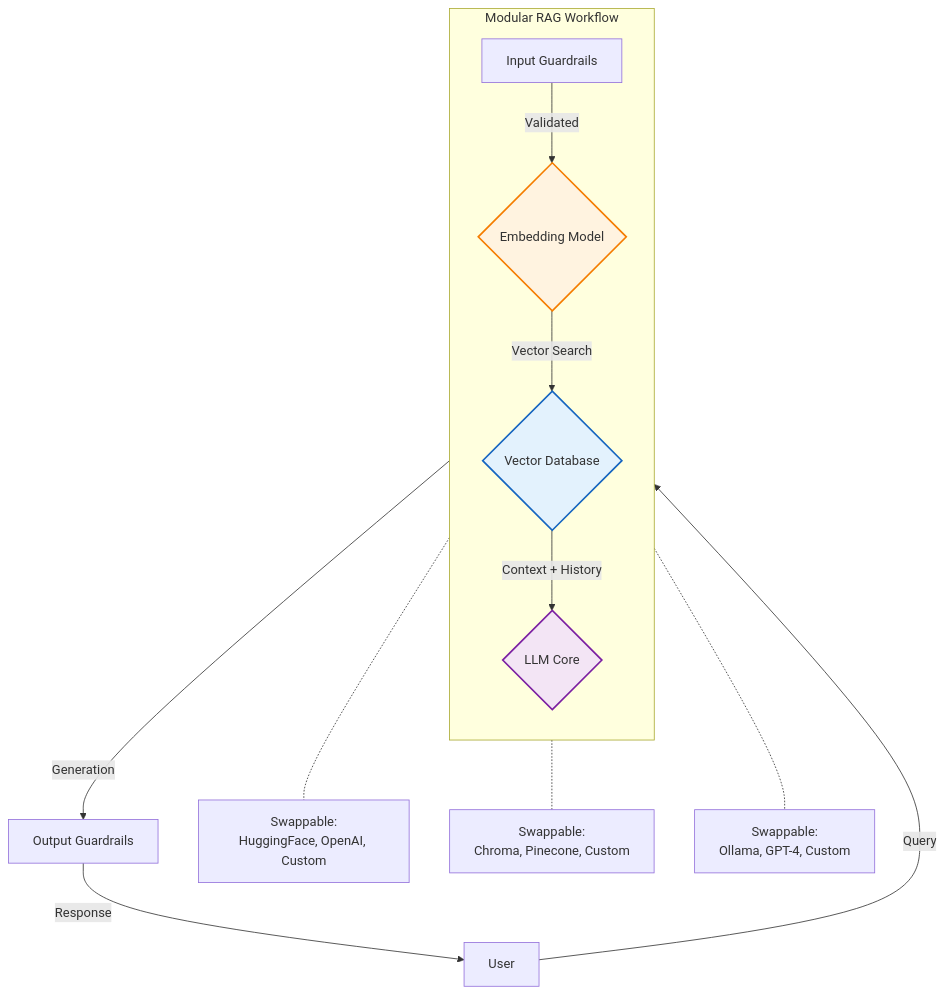
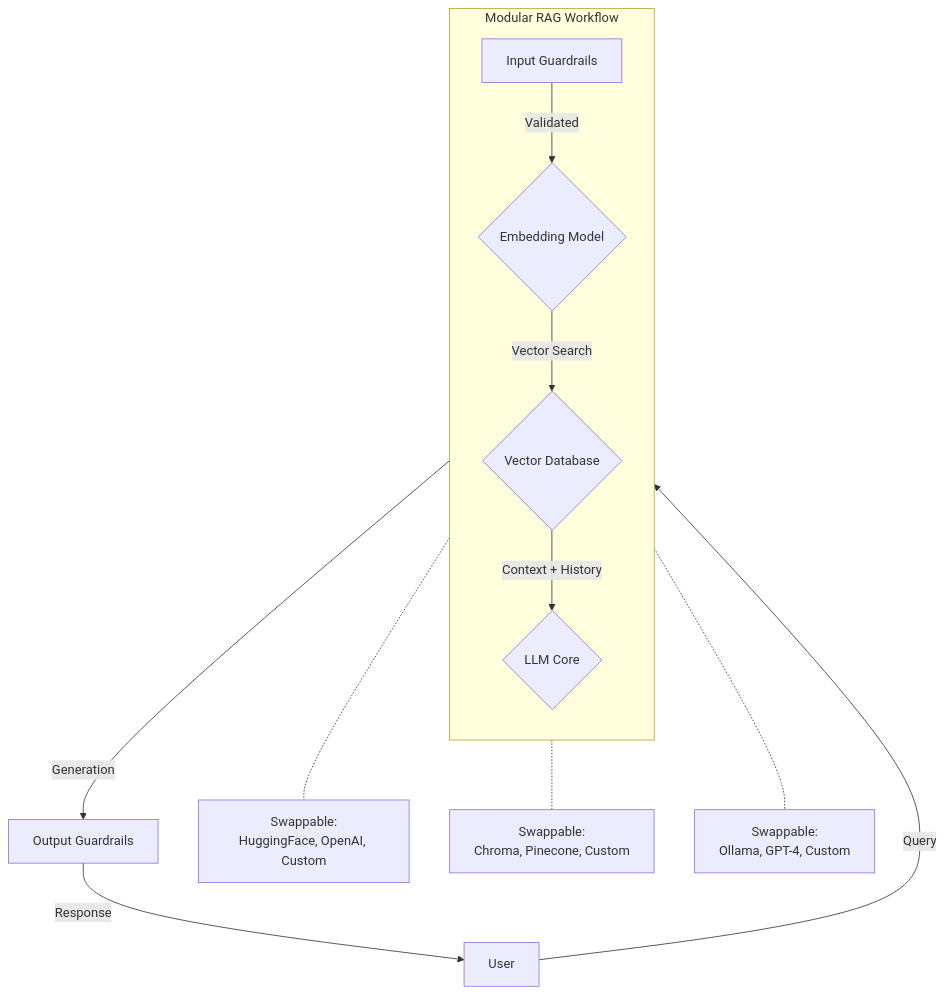
Before and after one commit to vk2git/ModularRAG: the first of 2 diagrams in README.md, drawn with Mermaid. The commit also changed other lines of this file, not shown here.

````diff
--- a/README.md
+++ b/README.md
@@ -109,23 +113,20 @@
 ```mermaid
 graph TD
     User[User] -->|Query| GuardIn[Input Guardrails]
     
     subgraph "Modular RAG Workflow"
         direction TB
         GuardIn -->|Validated| Embed{Embedding Model}
         Embed -->|Vector Search| VDB{Vector Database}
         VDB -->|Context + History| LLM{LLM Core}
     end
     
     LLM -->|Generation| GuardOut[Output Guardrails]
     GuardOut -->|Response| User
 
     %% Swappable Annotations
     Embed -.- E_Note[Swappable:<br/>HuggingFace, OpenAI, Custom]
     VDB -.- V_Note[Swappable:<br/>Chroma, Pinecone, Custom]
     LLM -.- L_Note[Swappable:<br/>Ollama, GPT-4, Custom]
     
-    style Embed fill:#fff3e0,stroke:#f57c00,stroke-width:2px
-    style VDB fill:#e3f2fd,stroke:#1565c0,stroke-width:2px
-    style LLM fill:#f3e5f5,stroke:#7b1fa2,stroke-width:2px
 ```
````
